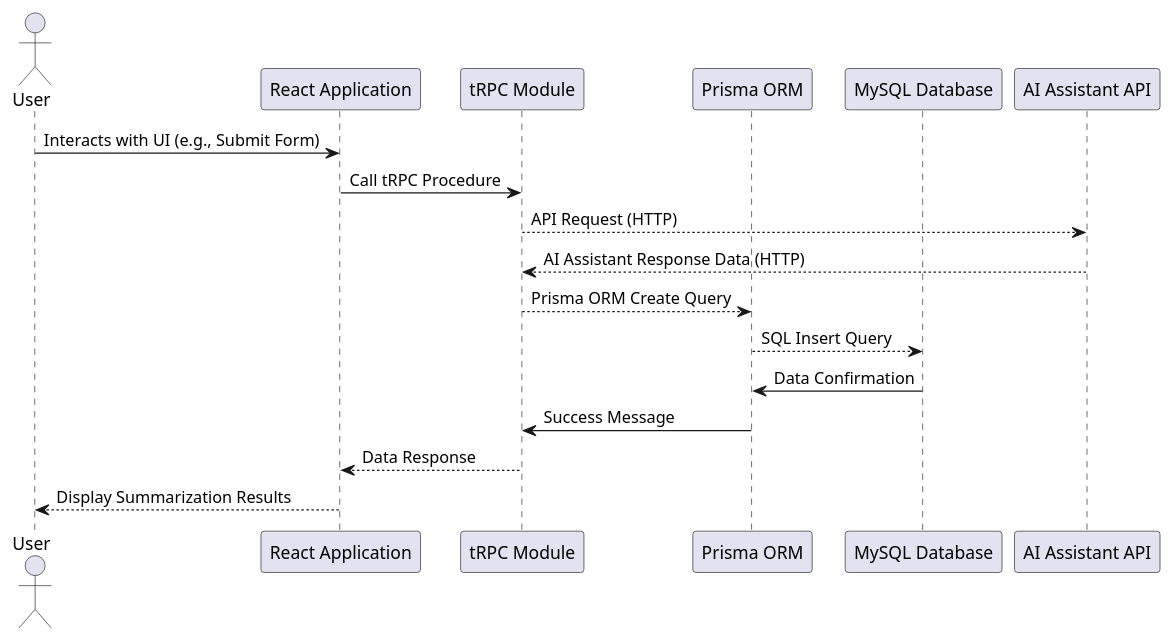
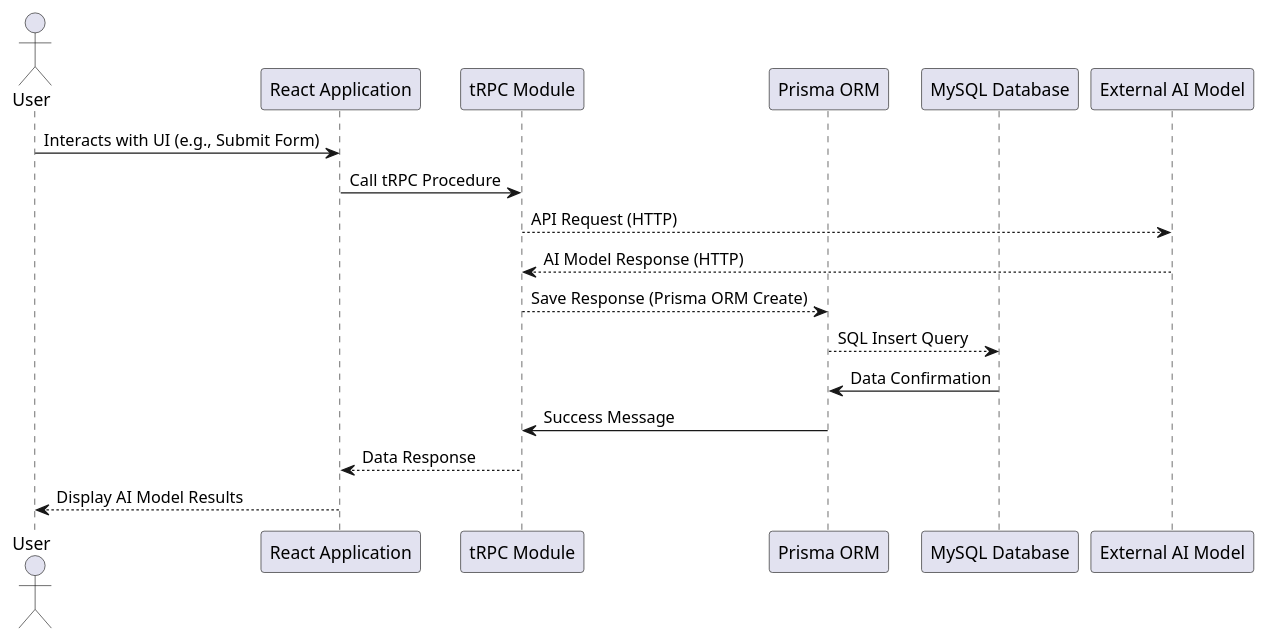
Before and after one commit to kartAI/ntnu-kpro-ai-assistant: the diagram in docs/diagrams/frontend-sequence.puml, drawn with PlantUML.

Commit message:
docs: update web app sequence diagram

```diff
--- a/docs/diagrams/frontend-sequence.puml
+++ b/docs/diagrams/frontend-sequence.puml
@@ -1,21 +1,21 @@
 @startuml
 actor User
 
 participant "React Application" as ReactApp
 participant "tRPC Module" as tRPC
 participant "Prisma ORM" as Prisma
 participant "MySQL Database" as Database
-participant "AI Assistant API" as AIService
+participant "External AI Model" as AIModel
 
 User -> ReactApp : Interacts with UI (e.g., Submit Form)
 ReactApp -> tRPC : Call tRPC Procedure 
-tRPC --> AIService : API Request (HTTP)
-AIService --> tRPC : AI Assistant Response Data (HTTP)
-tRPC --> Prisma : Prisma ORM Create Query
+tRPC --> AIModel : API Request (HTTP)
+AIModel --> tRPC : AI Model Response (HTTP)
+tRPC --> Prisma : Save Response (Prisma ORM Create)
 Prisma --> Database : SQL Insert Query
 Database -> Prisma : Data Confirmation
 Prisma -> tRPC : Success Message
 tRPC --> ReactApp : Data Response
-ReactApp --> User : Display Summarization Results
+ReactApp --> User : Display AI Model Results
 
 @enduml
```
